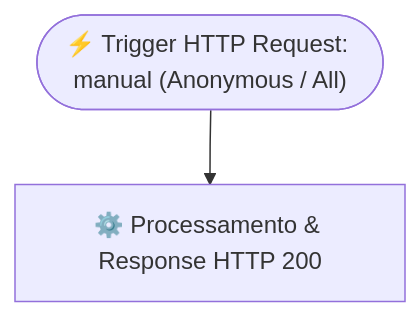
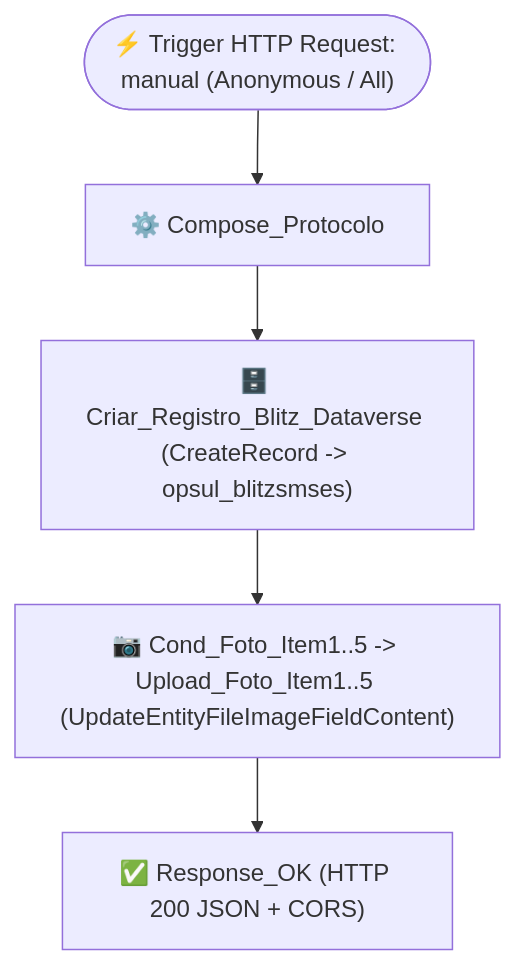
The diagram in flows/oper_opsul_api_blitz_de_sms/README.md (CRISTIANCARLOS/vibra-oper-opsul-blitz-sms), drawn with Mermaid before and after one commit. The commit also changed other lines of this file and 13 other files, not shown here.

Commit message:
feat(oper-opsul): adiciona evidencia fotografica opcional nas NCs (ImageAttributeMetadata + Canvas)

````diff
--- a/flows/oper_opsul_api_blitz_de_sms/README.md
+++ b/flows/oper_opsul_api_blitz_de_sms/README.md
@@ -13,6 +13,9 @@
 ```mermaid
 flowchart TD
     TRIG(["⚡ Trigger HTTP Request: manual (Anonymous / All)"])
-    ACT["⚙️ Processamento & Response HTTP 200"]
-    TRIG --> ACT
+    PROTO["⚙️ Compose_Protocolo"]
+    CREATE["🗄️ Criar_Registro_Blitz_Dataverse (CreateRecord -> opsul_blitzsmses)"]
+    FOTO["📷 Cond_Foto_Item1..5 -> Upload_Foto_Item1..5 (UpdateEntityFileImageFieldContent)"]
+    ACT["✅ Response_OK (HTTP 200 JSON + CORS)"]
+    TRIG --> PROTO --> CREATE --> FOTO --> ACT
 ```
````
